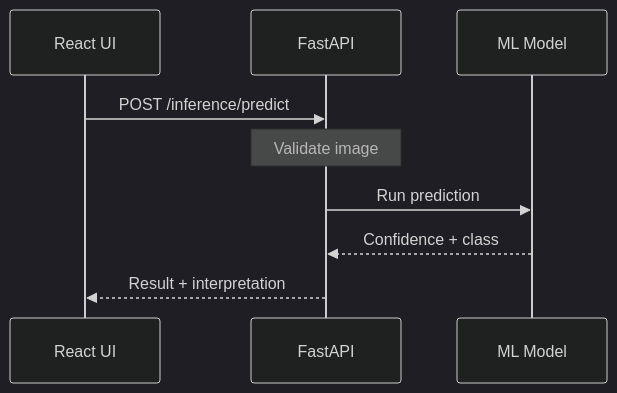
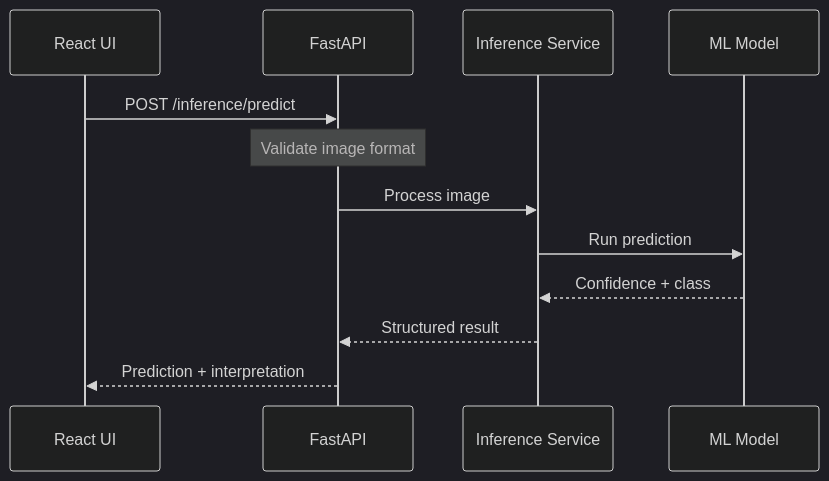
Before and after one commit to h19overflow/federated_learning: the fourth of 6 diagrams in federated_pneumonia_detection/src/api/README.md, drawn with Mermaid (dark theme). The commit also changed other lines of this file and 8 other files, not shown here.

````diff
--- a/federated_pneumonia_detection/src/api/README.md
+++ b/federated_pneumonia_detection/src/api/README.md
@@ -115,12 +163,15 @@
 ```mermaid
 sequenceDiagram
     participant UI as React UI
     participant API as FastAPI
+    participant Infer as Inference Service
     participant Model as ML Model
 
     UI->>API: POST /inference/predict
-    Note over API: Validate image
-    API->>Model: Run prediction
-    Model-->>API: Confidence + class
-    API-->>UI: Result + interpretation
+    Note over API: Validate image format
+    API->>Infer: Process image
+    Infer->>Model: Run prediction
+    Model-->>Infer: Confidence + class
+    Infer-->>API: Structured result
+    API-->>UI: Prediction + interpretation
 ```
````
